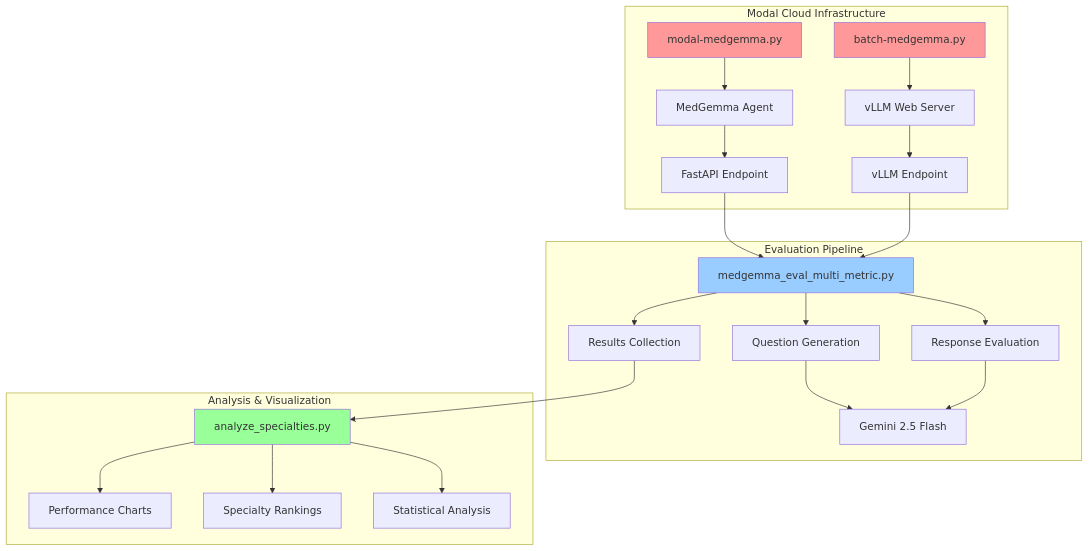
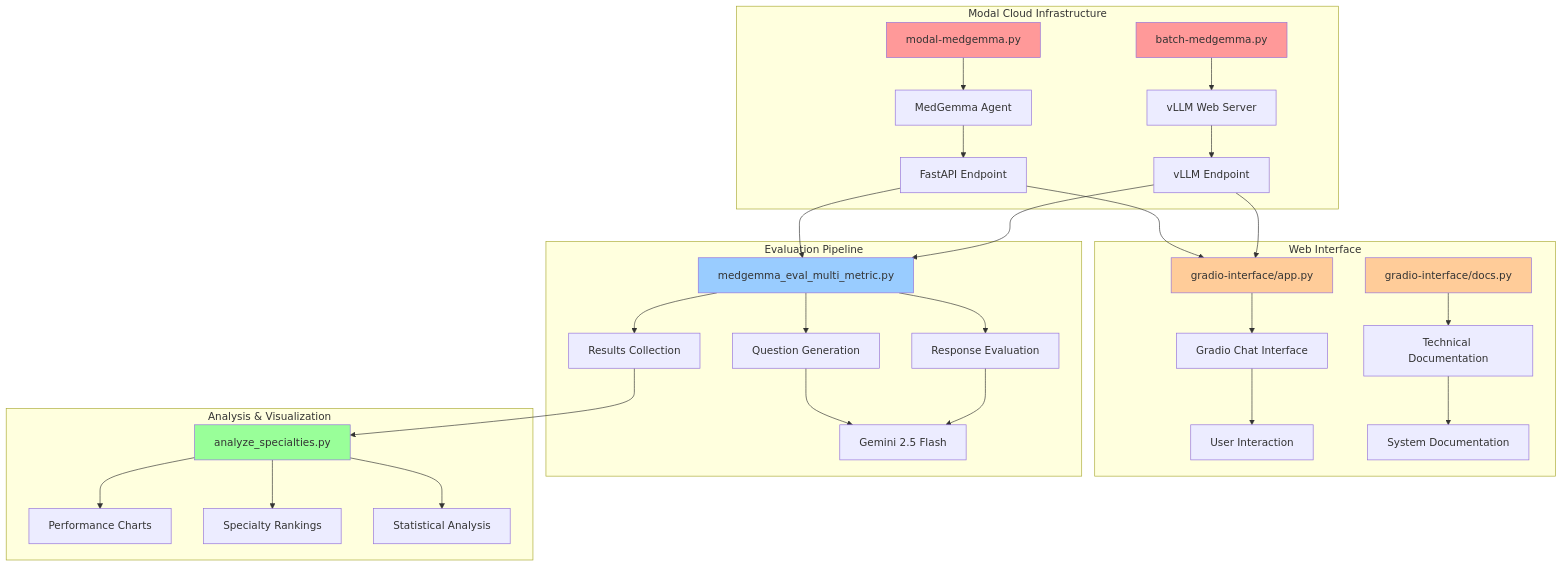
Before and after one commit to dcstang/medgemma-eval-sample: the diagram in README.md, drawn with Mermaid. The commit also changed other lines of this file and 2 other files, not shown here.

Commit message:
add gradio interface

````diff
--- a/README.md
+++ b/README.md
@@ -11,32 +11,43 @@
 ```mermaid
 graph TB
     subgraph "Modal Cloud Infrastructure"
         A[modal-medgemma.py] --> B[MedGemma Agent]
         C[batch-medgemma.py] --> D[vLLM Web Server]
         B --> E[FastAPI Endpoint]
         D --> F[vLLM Endpoint]
     end
     
+    subgraph "Web Interface"
+        G[gradio-interface/app.py] --> H[Gradio Chat Interface]
+        I[gradio-interface/docs.py] --> J[Technical Documentation]
+        H --> K[User Interaction]
+        J --> L[System Documentation]
+    end
+    
     subgraph "Evaluation Pipeline"
-        G[medgemma_eval_multi_metric.py] --> H[Question Generation]
-        G --> I[Response Evaluation]
-        H --> J[Gemini 2.5 Flash]
-        I --> J
-        G --> K[Results Collection]
+        M[medgemma_eval_multi_metric.py] --> N[Question Generation]
+        M --> O[Response Evaluation]
+        N --> P[Gemini 2.5 Flash]
+        O --> P
+        M --> Q[Results Collection]
     end
     
     subgraph "Analysis & Visualization"
-        L[analyze_specialties.py] --> M[Performance Charts]
-        L --> N[Specialty Rankings]
-        L --> O[Statistical Analysis]
+        R[analyze_specialties.py] --> S[Performance Charts]
+        R --> T[Specialty Rankings]
+        R --> U[Statistical Analysis]
     end
     
     E --> G
     F --> G
-    K --> L
+    E --> M
+    F --> M
+    Q --> R
     
     style A fill:#ff9999
     style C fill:#ff9999
-    style G fill:#99ccff
-    style L fill:#99ff99
+    style G fill:#ffcc99
+    style I fill:#ffcc99
+    style M fill:#99ccff
+    style R fill:#99ff99
 ```
````
